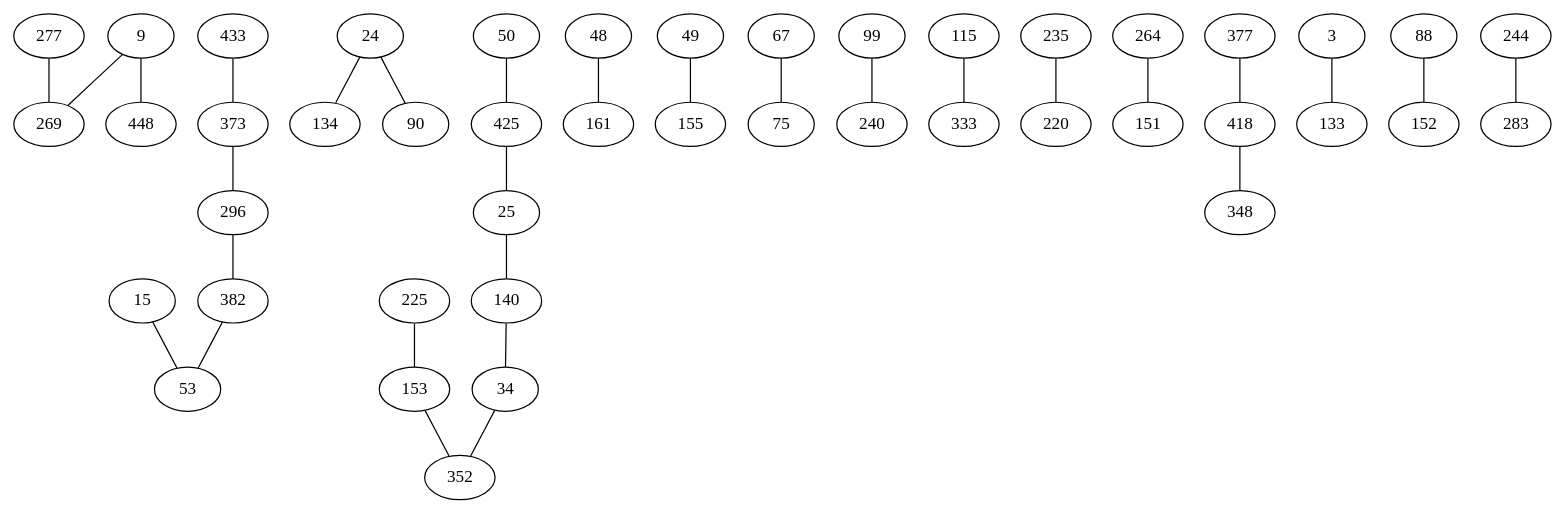
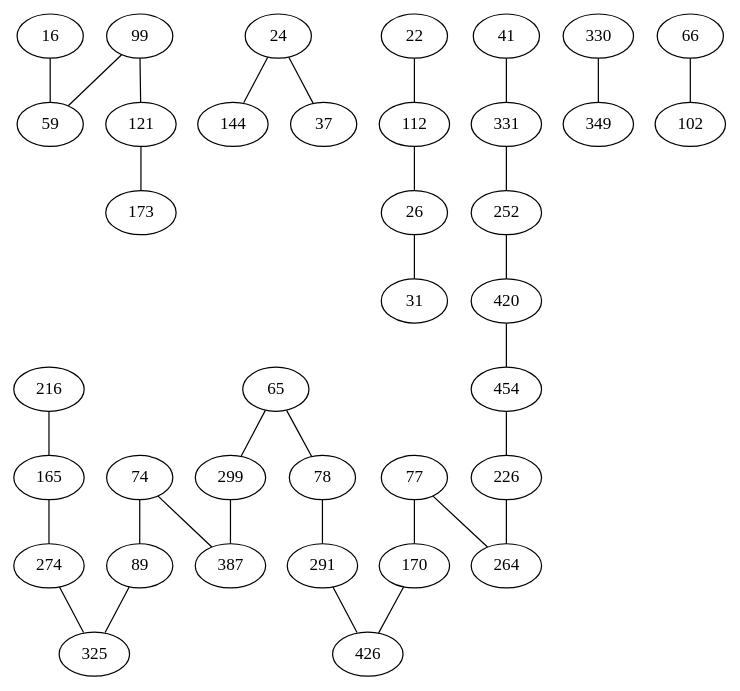
One commit to AuCson/Genome-Assembly-Implementation changed the diagram in external/dbg2olc/FinalBiDirectedBestOverlapGraph.dot. Above: the diagram before and after it, drawn with Graphviz. The commit also changed 105 other files, not shown here.

```diff
--- a/external/dbg2olc/FinalBiDirectedBestOverlapGraph.dot
+++ b/external/dbg2olc/FinalBiDirectedBestOverlapGraph.dot
@@ -1,60 +1,64 @@
 strict graph G {
-9 -- 269;
-15 -- 53;
-24 -- 134;
-25 -- 140;
-34 -- 352;
-48 -- 161;
-49 -- 155;
-50 -- 425;
-53 -- 15;
-67 -- 75;
-75 -- 67;
-99 -- 240;
-115 -- 333;
-134 -- 24;
-140 -- 34;
-153 -- 352;
-155 -- 49;
-225 -- 153;
-235 -- 220;
-240 -- 99;
-264 -- 151;
-269 -- 9;
-277 -- 269;
-296 -- 382;
-333 -- 115;
-352 -- 153;
-373 -- 296;
-382 -- 53;
-418 -- 348;
-425 -- 25;
-433 -- 373;
-3 -- 133;
-9 -- 448;
-24 -- 90;
-25 -- 425;
-34 -- 140;
-53 -- 382;
-88 -- 152;
-90 -- 24;
-133 -- 3;
-140 -- 25;
-151 -- 264;
-152 -- 88;
-153 -- 225;
-161 -- 48;
-220 -- 235;
-244 -- 283;
-269 -- 277;
-283 -- 244;
-296 -- 373;
-348 -- 418;
-352 -- 34;
-373 -- 433;
-377 -- 418;
-382 -- 296;
-418 -- 377;
-425 -- 50;
-448 -- 9;
+16 -- 59;
+24 -- 144;
+26 -- 31;
+59 -- 16;
+65 -- 299;
+74 -- 89;
+77 -- 170;
+78 -- 291;
+89 -- 325;
+99 -- 59;
+112 -- 26;
+121 -- 173;
+165 -- 274;
+170 -- 426;
+216 -- 165;
+226 -- 264;
+252 -- 420;
+264 -- 226;
+274 -- 325;
+291 -- 78;
+299 -- 387;
+325 -- 274;
+330 -- 349;
+331 -- 252;
+387 -- 299;
+420 -- 454;
+426 -- 170;
+454 -- 226;
+22 -- 112;
+24 -- 37;
+26 -- 112;
+31 -- 26;
+37 -- 24;
+41 -- 331;
+59 -- 99;
+65 -- 78;
+66 -- 102;
+74 -- 387;
+77 -- 264;
+78 -- 65;
+89 -- 74;
+99 -- 121;
+102 -- 66;
+112 -- 22;
+121 -- 99;
+144 -- 24;
+165 -- 216;
+170 -- 77;
+173 -- 121;
+226 -- 454;
+252 -- 331;
+264 -- 77;
+274 -- 165;
+291 -- 426;
+299 -- 65;
+325 -- 89;
+331 -- 41;
+349 -- 330;
+387 -- 74;
+420 -- 252;
+426 -- 291;
+454 -- 420;
 }
```
